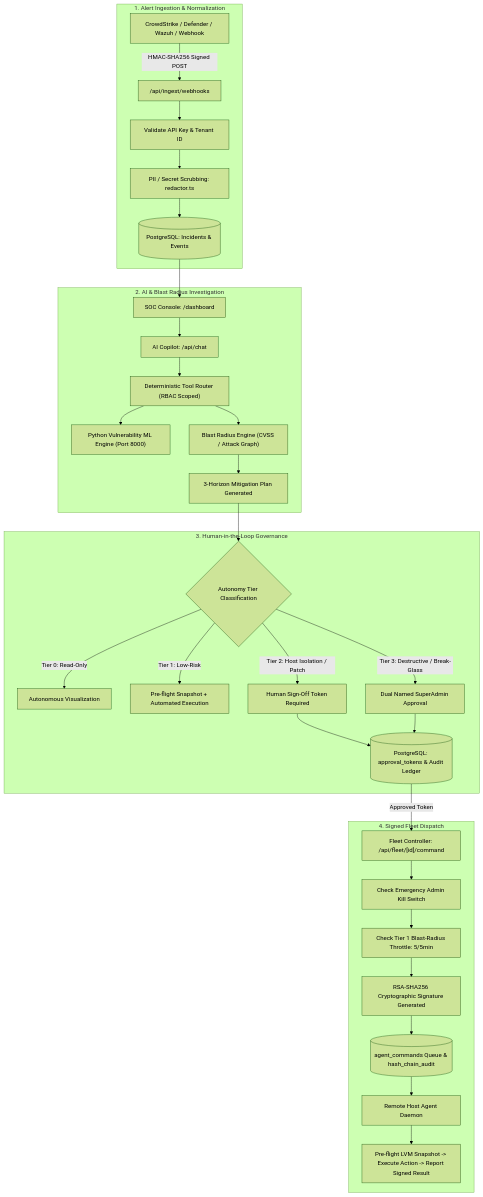
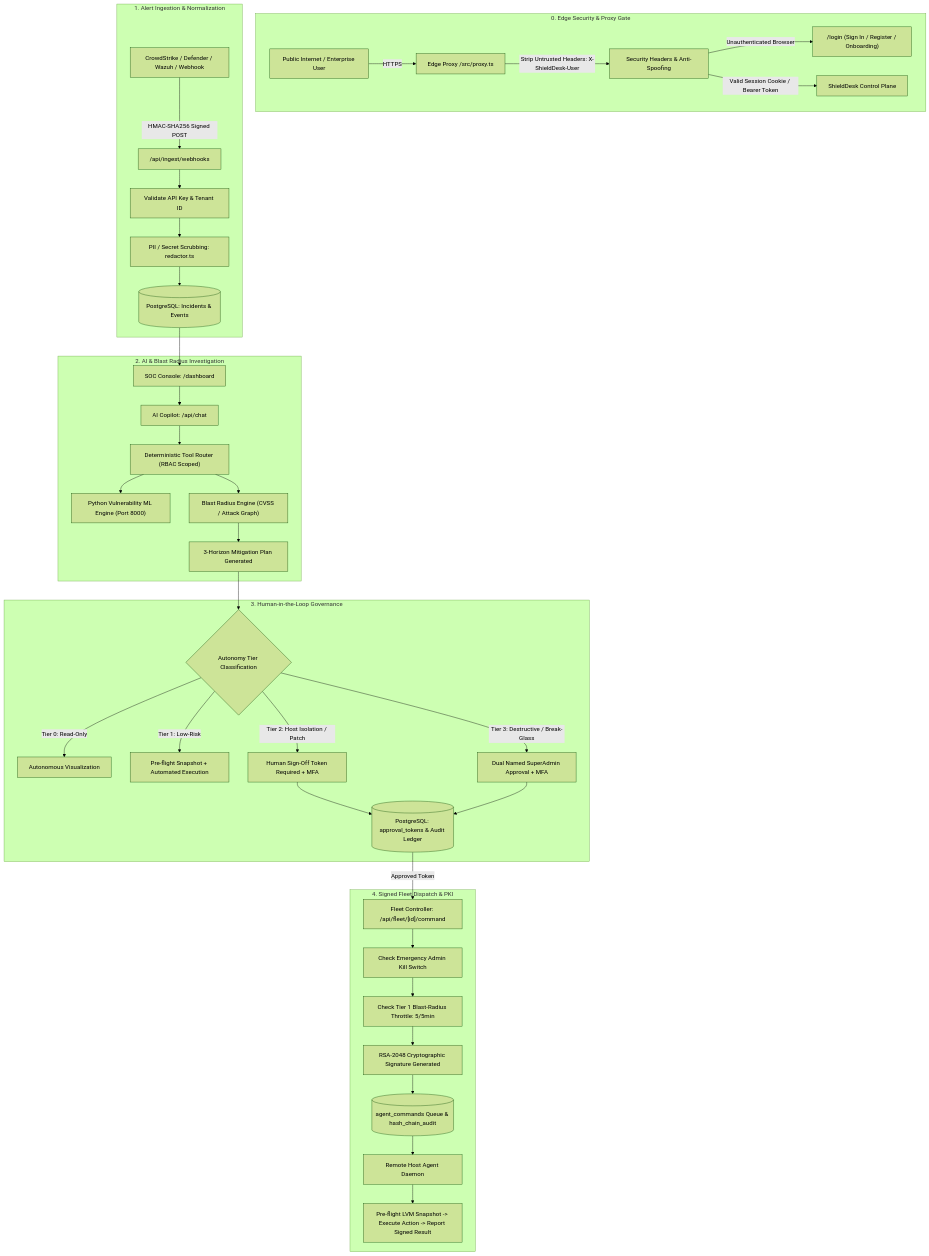
The diagram in README.md (Mints-ai/SHIELD-DESK), drawn with Mermaid (forest theme) before and after one commit. The commit also changed other lines of this file and 8 other files, not shown here.

Commit message:
feat(security-hardening): multi-tenant anti-enumeration, SCIM auth, edge proxy, and production readiness audit

````diff
--- a/README.md
+++ b/README.md
@@ -33,35 +35,45 @@
 ```mermaid
 flowchart TD
+    subgraph Edge ["0. Edge Security & Proxy Gate"]
+        EXT[Public Internet / Enterprise User] -->|HTTPS| PRX["Edge Proxy /src/proxy.ts"]
+        PRX -->|Strip Untrusted Headers: X-ShieldDesk-User| PRX_SEC[Security Headers & Anti-Spoofing]
+        PRX_SEC -->|Unauthenticated Browser| LOGIN["/login (Sign In / Register / Onboarding)"]
+        PRX_SEC -->|Valid Session Cookie / Bearer Token| APP[ShieldDesk Control Plane]
+    end
+
     subgraph Ingestion ["1. Alert Ingestion & Normalization"]
         A[CrowdStrike / Defender / Wazuh / Webhook] -->|HMAC-SHA256 Signed POST| B["/api/ingest/webhooks"]
         B --> C[Validate API Key & Tenant ID]
         C --> D[PII / Secret Scrubbing: redactor.ts]
         D --> E[(PostgreSQL: Incidents & Events)]
     end
+
     subgraph Investigation ["2. AI & Blast Radius Investigation"]
         E --> F[SOC Console: /dashboard]
         F --> G["AI Copilot: /api/chat"]
         G --> H["Deterministic Tool Router (RBAC Scoped)"]
         H --> I["Python Vulnerability ML Engine (Port 8000)"]
         H --> J["Blast Radius Engine (CVSS / Attack Graph)"]
         J --> K["3-Horizon Mitigation Plan Generated"]
     end
+
     subgraph Governance ["3. Human-in-the-Loop Governance"]
         K --> L{Autonomy Tier Classification}
         L -->|Tier 0: Read-Only| M[Autonomous Visualization]
         L -->|Tier 1: Low-Risk| N[Pre-flight Snapshot + Automated Execution]
-        L -->|Tier 2: Host Isolation / Patch| O[Human Sign-Off Token Required]
-        L -->|Tier 3: Destructive / Break-Glass| P[Dual Named SuperAdmin Approval]
+        L -->|Tier 2: Host Isolation / Patch| O[Human Sign-Off Token Required + MFA]
+        L -->|Tier 3: Destructive / Break-Glass| P[Dual Named SuperAdmin Approval + MFA]
         O --> Q[(PostgreSQL: approval_tokens & Audit Ledger)]
         P --> Q
     end
-    subgraph Execution ["4. Signed Fleet Dispatch"]
+
+    subgraph Execution ["4. Signed Fleet Dispatch & PKI"]
         Q -->|Approved Token| R["Fleet Controller: /api/fleet/[id]/command"]
         R --> S[Check Emergency Admin Kill Switch]
         S --> T[Check Tier 1 Blast-Radius Throttle: 5/5min]
-        T --> U[RSA-SHA256 Cryptographic Signature Generated]
+        T --> U[RSA-2048 Cryptographic Signature Generated]
         U --> V[(agent_commands Queue & hash_chain_audit)]
         V --> W[Remote Host Agent Daemon]
         W --> X[Pre-flight LVM Snapshot -> Execute Action -> Report Signed Result]
     end
 ```
````
